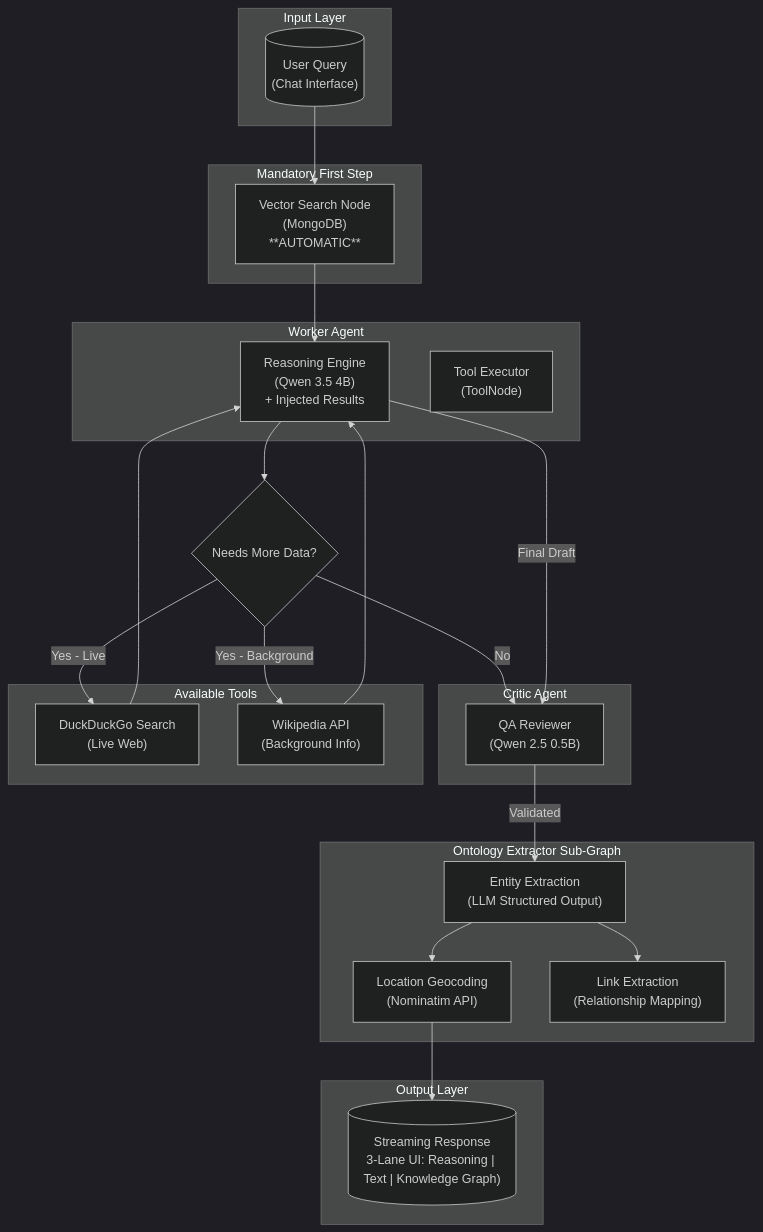
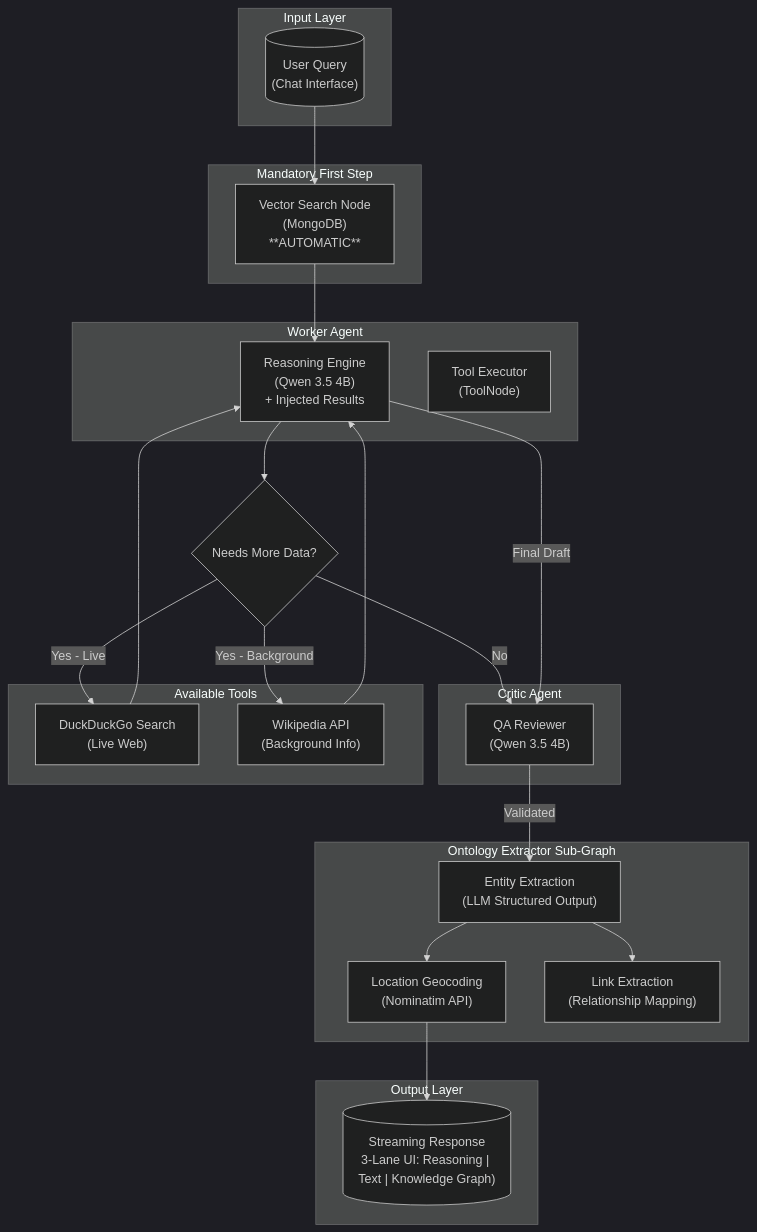
Before and after one commit to fbaierl/geo-vision-lab: the first of 8 diagrams in docs/agent_workflow.md, drawn with Mermaid. The commit also changed other lines of this file and 12 other files, not shown here.

````diff
--- a/docs/agent_workflow.md
+++ b/docs/agent_workflow.md
@@ -43,49 +43,49 @@
 ```mermaid
 %%{init: {'theme': 'dark'}}%%
 graph TB
     subgraph Input["Input Layer"]
         UQ[("User Query<br/>(Chat Interface)")]
     end
 
     subgraph Mandatory["Mandatory First Step"]
         VS["Vector Search Node<br/>(MongoDB)<br/>**AUTOMATIC**"]
     end
 
     subgraph Worker["Worker Agent"]
         REASON["Reasoning Engine<br/>(Qwen 3.5 4B)<br/>+ Injected Results"]
         TOOLS["Tool Executor<br/>(ToolNode)"]
     end
 
     subgraph Critic["Critic Agent"]
-        REVIEW["QA Reviewer<br/>(Qwen 2.5 0.5B)"]
+        REVIEW["QA Reviewer<br/>(Qwen 3.5 4B)"]
     end
 
     subgraph Ontology["Ontology Extractor Sub-Graph"]
         EXT["Entity Extraction<br/>(LLM Structured Output)"]
         GEO["Location Geocoding<br/>(Nominatim API)"]
         LINK["Link Extraction<br/>(Relationship Mapping)"]
     end
 
     subgraph Tools["Available Tools"]
         DDG["DuckDuckGo Search<br/>(Live Web)"]
         WIKI["Wikipedia API<br/>(Background Info)"]
     end
 
     subgraph Output["Output Layer"]
         RESP[("Streaming Response<br/>3-Lane UI: Reasoning | Text | Knowledge Graph)")]
     end
 
     UQ --> VS
     VS --> REASON
     REASON --> DECIDE{Needs More Data?}
     DECIDE -->|Yes - Live| DDG
     DECIDE -->|Yes - Background| WIKI
     DECIDE -->|No| REVIEW
     DDG --> REASON
     WIKI --> REASON
     REASON -->|Final Draft| REVIEW
     REVIEW -->|Validated| EXT
     EXT --> GEO
     EXT --> LINK
     GEO --> RESP
 ```
````
